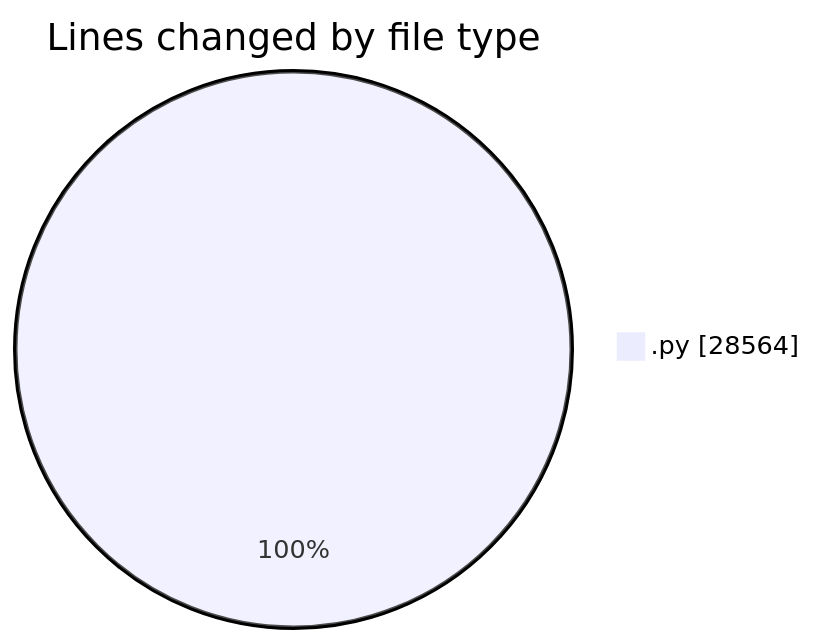
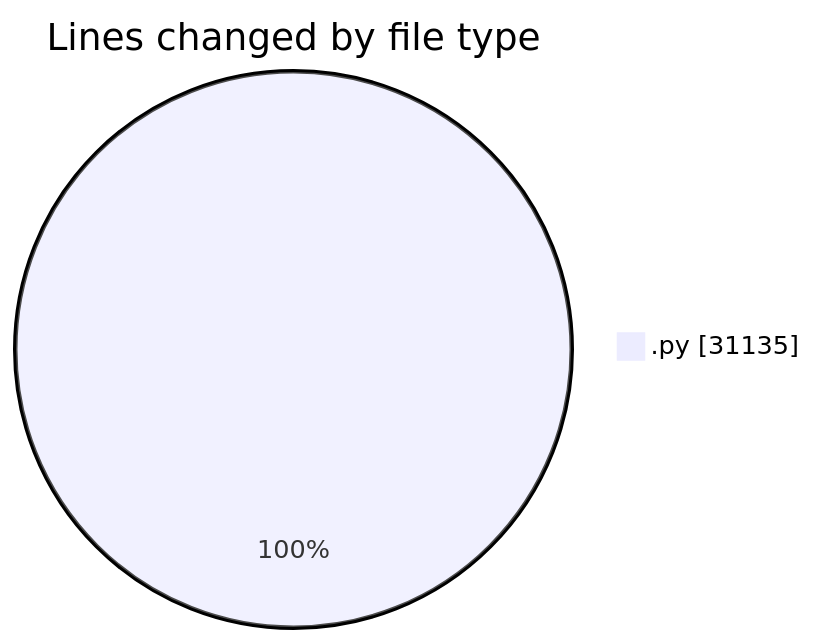
The first of 2 diagrams in 2025-11-14/eventscop-api-guide__workspace_/README.md (julien-gomy/code-tracking), drawn with Mermaid before and after one commit. The commit also changed other lines of this file and 1 other file, not shown here.

````diff
--- a/2025-11-14/eventscop-api-guide__workspace_/README.md
+++ b/2025-11-14/eventscop-api-guide__workspace_/README.md
@@ -25,5 +25,5 @@
 ```mermaid
 pie showData
 title Lines changed by file type
-".py" : 28564
+".py" : 31135
 ```
````
